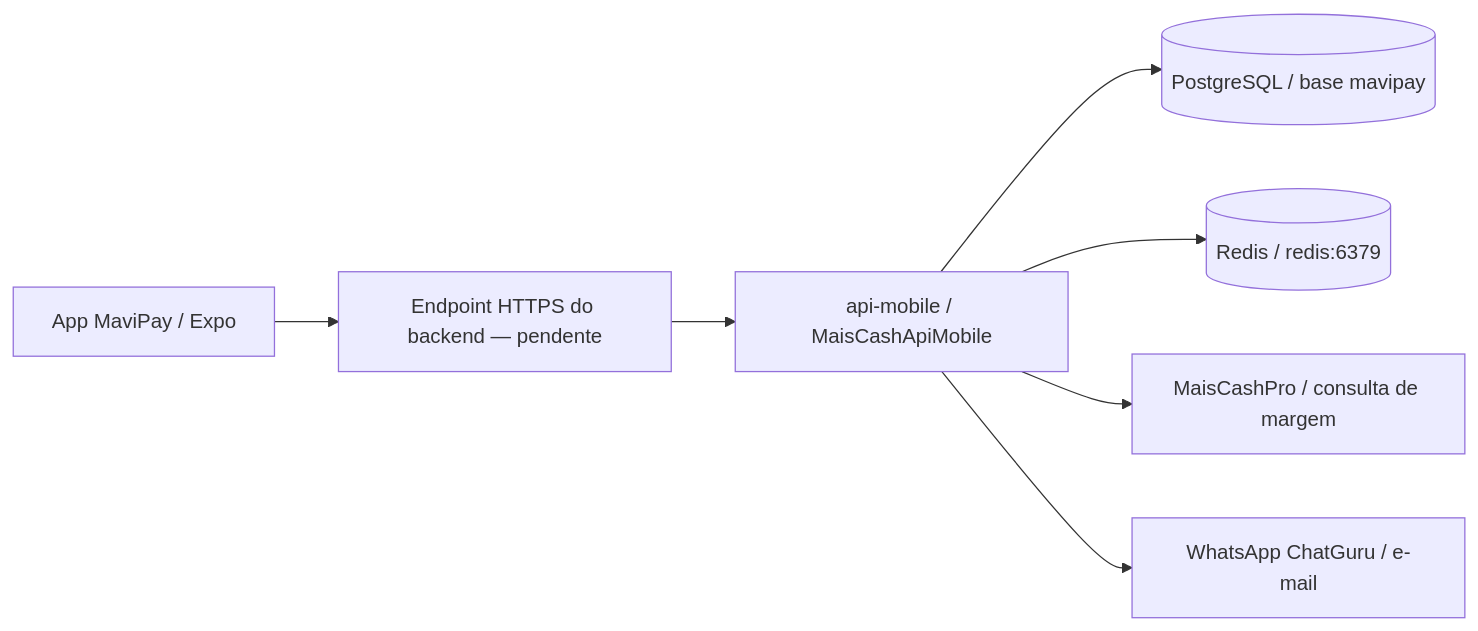
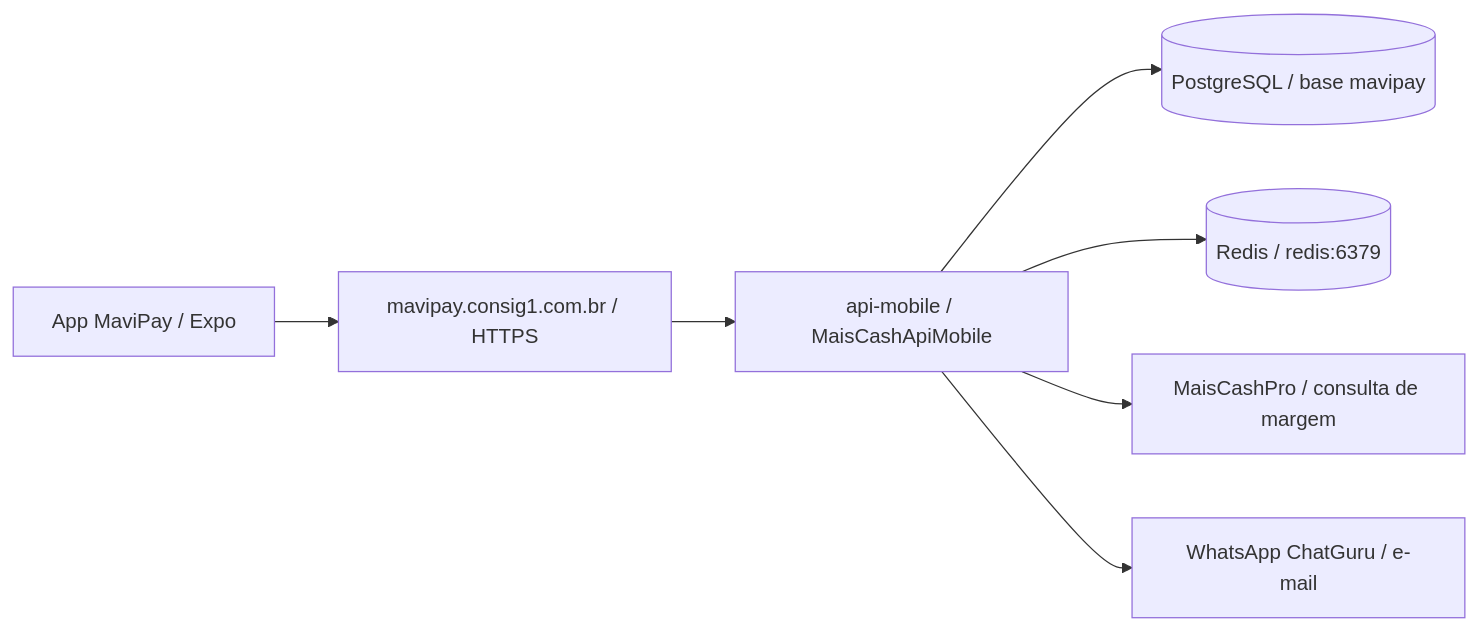
One commit to MaisCashTech/maiscash changed the diagram in docs/architecture.md. Above: the diagram before and after it, drawn with Mermaid. The commit also changed other lines of this file and 4 other files, not shown here.

Commit message:
docs: record MaviPay HTTPS domain and sync merged submodule

````diff
--- a/docs/architecture.md
+++ b/docs/architecture.md
@@ -22,9 +22,9 @@
 ```mermaid
 flowchart LR
-    App[App MaviPay / Expo] --> HTTPS[Endpoint HTTPS do backend — pendente]
+    App[App MaviPay / Expo] --> HTTPS[mavipay.consig1.com.br / HTTPS]
     HTTPS --> API[api-mobile / MaisCashApiMobile]
     API --> PG[(PostgreSQL / base mavipay)]
     API --> Redis[(Redis / redis:6379)]
     API --> Pro[MaisCashPro / consulta de margem]
     API --> Msg[WhatsApp ChatGuru / e-mail]
 ```
````
